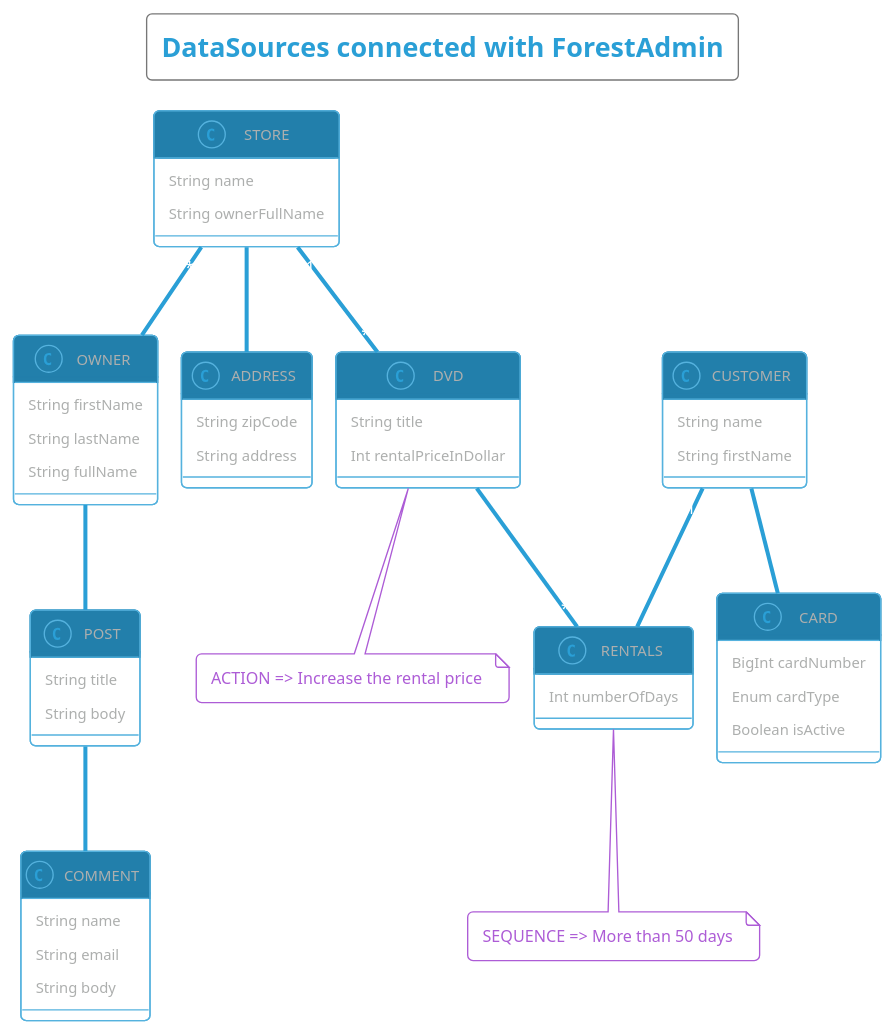
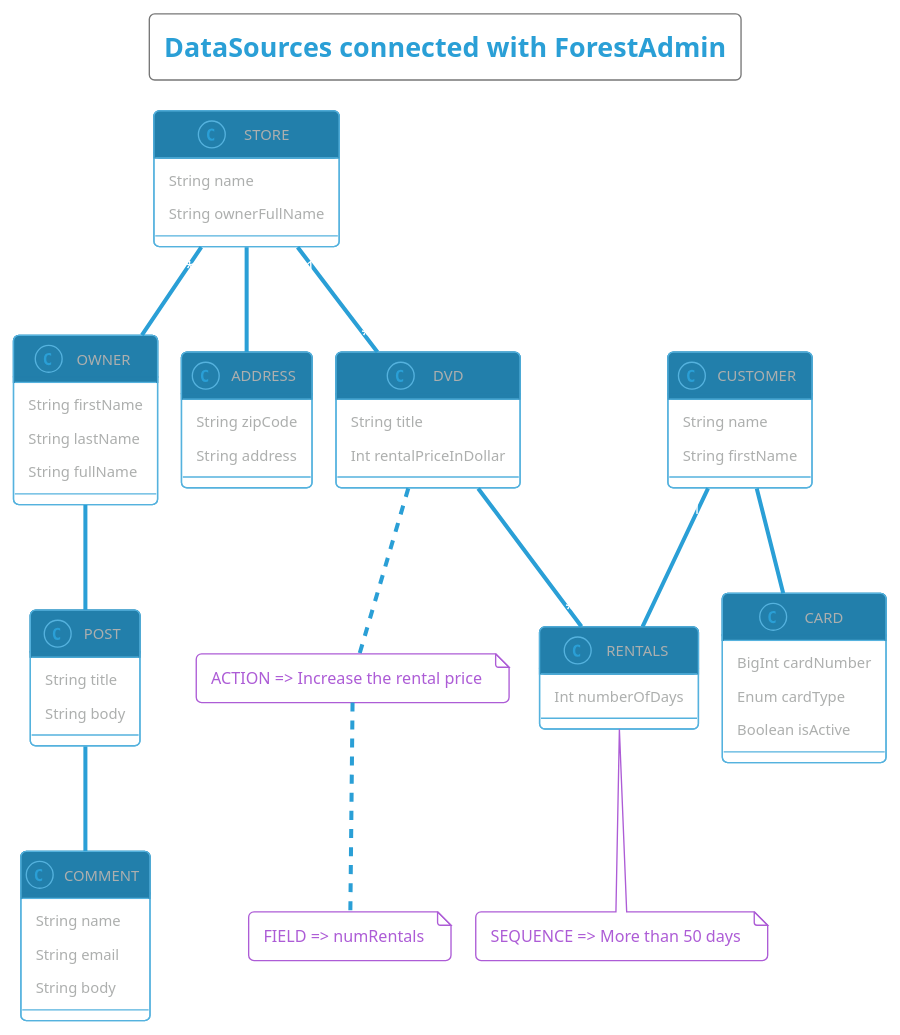
The diagram in packages/_example/connected-datasources.puml (ForestAdmin/agent-nodejs), drawn with PlantUML before and after one commit.

Commit message:
refactor: review

```diff
--- a/packages/_example/connected-datasources.puml
+++ b/packages/_example/connected-datasources.puml
@@ -1,66 +1,67 @@
 @startuml
 !pragma layout smetana
 !theme cyborg-outline
 
 title: DataSources connected with ForestAdmin
 
 class STORE {
   String name
   String ownerFullName
 }
 
 class OWNER {
   String firstName
   String lastName
   String fullName
 }
 
 class ADDRESS {
   String zipCode
   String address
 }
 
 class DVD {
   String title
   Int rentalPriceInDollar
 }
 class DVD
 note bottom: ACTION => Increase the rental price
+note bottom: FIELD => numRentals
 
 class RENTALS {
   Int numberOfDays
 }
 class RENTALS
 note bottom: SEQUENCE => More than 50 days
 
 class CARD {
   BigInt cardNumber
   Enum cardType
   Boolean isActive
 }
 
 class CUSTOMER {
   String name
   String firstName
 }
 
 class POST {
   String title
   String body
 }
 
 class COMMENT {
   String name
   String email
   String body
 }
 
 OWNER "1" -- "*" POST : has
 POST "1" -- "*" COMMENT : has
 STORE "*" -- "1" OWNER : has
 STORE "1" -- "*" DVD : has
 DVD "*" -- "*" RENTALS : has
 STORE "1" -- "1" ADDRESS : has
 CUSTOMER "1" -- "*" CARD : has
 CUSTOMER "1" -- "*" RENTALS : has
 @enduml
```
